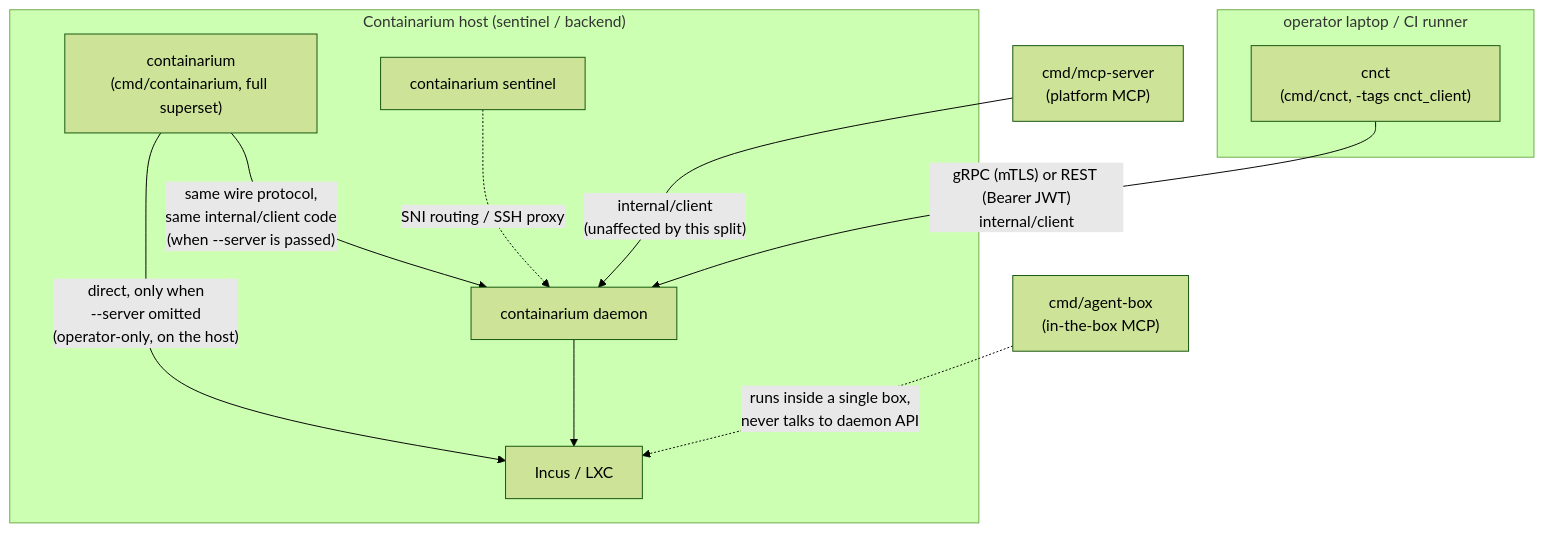
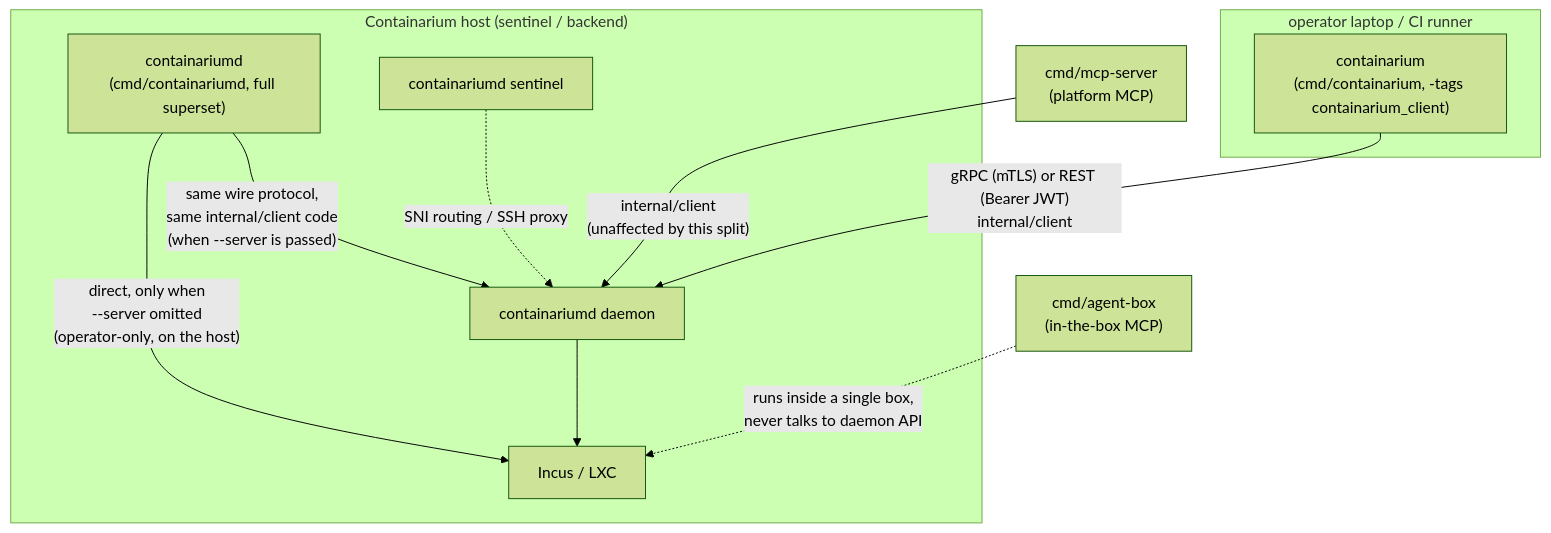
One commit to FootprintAI/Containarium changed the diagram in docs/architecture/cli-client-server-split.md. Above: the diagram before and after it, drawn with Mermaid (forest theme). The commit also changed other lines of this file, not shown here.

First line of the commit message:
docs(architecture): adopt containarium (client) + containariumd (server), phased rollout

````diff
--- a/docs/architecture/cli-client-server-split.md
+++ b/docs/architecture/cli-client-server-split.md
@@ -176,21 +219,21 @@
 ```mermaid
 flowchart TB
     subgraph client_host["operator laptop / CI runner"]
-        cnct["cnct\n(cmd/cnct, -tags cnct_client)"]
+        cli["containarium\n(cmd/containarium, -tags containarium_client)"]
     end
     subgraph server_host["Containarium host (sentinel / backend)"]
-        containarium["containarium\n(cmd/containarium, full superset)"]
-        daemon["containarium daemon"]
-        sentinelproc["containarium sentinel"]
+        cd["containariumd\n(cmd/containariumd, full superset)"]
+        daemon["containariumd daemon"]
+        sentinelproc["containariumd sentinel"]
         incus["Incus / LXC"]
     end
 
-    cnct -- "gRPC (mTLS) or REST (Bearer JWT)\ninternal/client" --> daemon
-    containarium -- "same wire protocol,\nsame internal/client code\n(when --server is passed)" --> daemon
-    containarium -- "direct, only when\n--server omitted\n(operator-only, on the host)" --> incus
+    cli -- "gRPC (mTLS) or REST (Bearer JWT)\ninternal/client" --> daemon
+    cd -- "same wire protocol,\nsame internal/client code\n(when --server is passed)" --> daemon
+    cd -- "direct, only when\n--server omitted\n(operator-only, on the host)" --> incus
     daemon --> incus
     sentinelproc -. "SNI routing / SSH proxy" .-> daemon
 
     mcp["cmd/mcp-server\n(platform MCP)"] -- "internal/client\n(unaffected by this split)" --> daemon
     agentbox["cmd/agent-box\n(in-the-box MCP)"] -. "runs inside a single box,\nnever talks to daemon API" .-> incus
 ```
````
